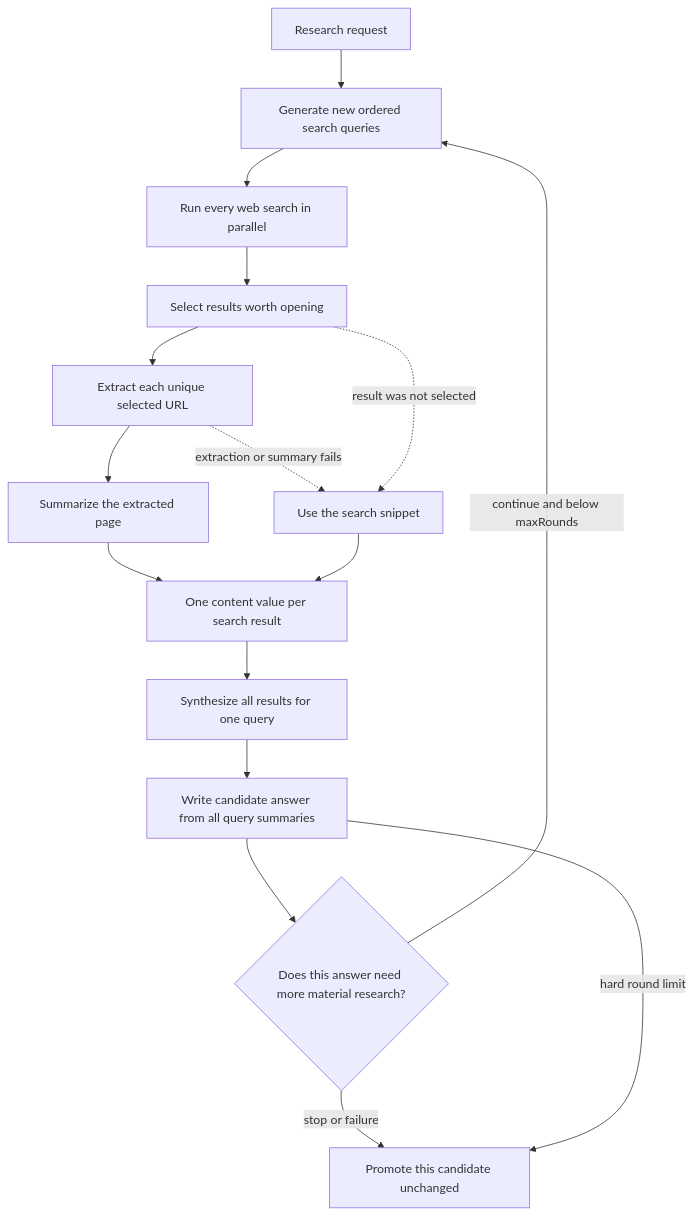
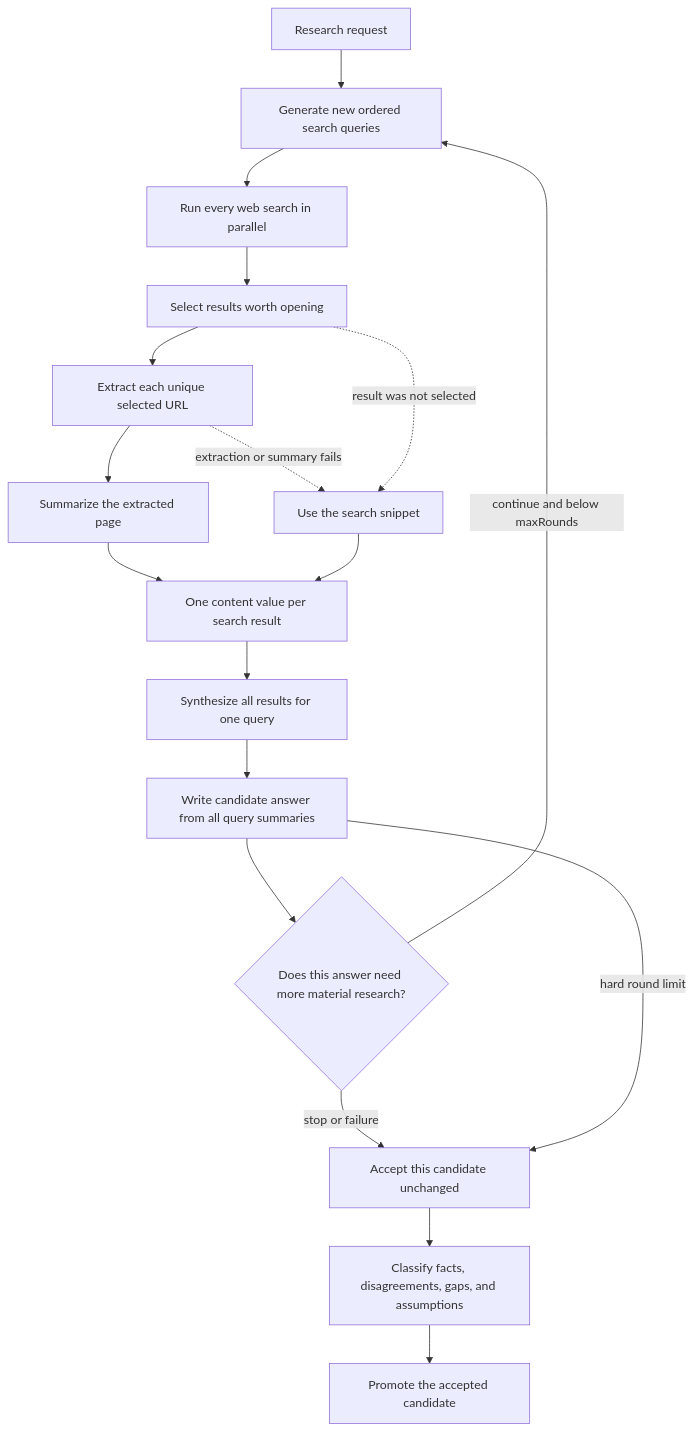
One commit to florianherrengt/deep-search-debate changed the diagram in src/api/routes/docs/deep-search-pipeline.md. Above: the diagram before and after it, drawn with Mermaid. The commit also changed other lines of this file and 37 other files, not shown here.

````diff
--- a/src/api/routes/docs/deep-search-pipeline.md
+++ b/src/api/routes/docs/deep-search-pipeline.md
@@ -16,18 +16,20 @@
 ```mermaid
 flowchart TD
   request["Research request"] --> queries["Generate new ordered search queries"]
   queries --> search["Run every web search in parallel"]
   search --> select["Select results worth opening"]
   select --> extract["Extract each unique selected URL"]
   extract --> pageSummary["Summarize the extracted page"]
   extract -. "extraction or summary fails" .-> snippet["Use the search snippet"]
   select -. "result was not selected" .-> snippet
   pageSummary --> evidence["One content value per search result"]
   snippet --> evidence
   evidence --> querySummary["Synthesize all results for one query"]
   querySummary --> candidate["Write candidate answer from all query summaries"]
   candidate --> review{"Does this answer need more material research?"}
   review -- "continue and below maxRounds" --> queries
-  review -- "stop or failure" --> finalAnswer["Promote this candidate unchanged"]
-  candidate -- "hard round limit" --> finalAnswer
+  review -- "stop or failure" --> accepted["Accept this candidate unchanged"]
+  candidate -- "hard round limit" --> accepted
+  accepted --> analysis["Classify facts, disagreements, gaps, and assumptions"]
+  analysis --> finalAnswer["Promote the accepted candidate"]
 ```
````
